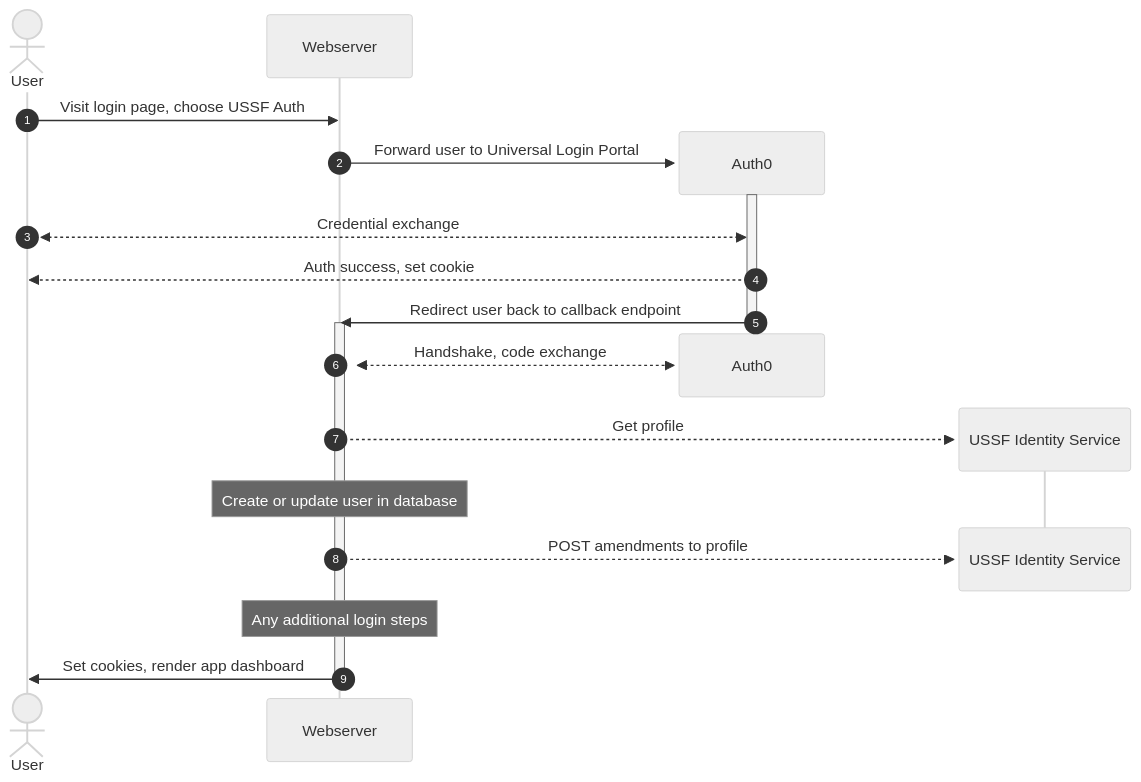
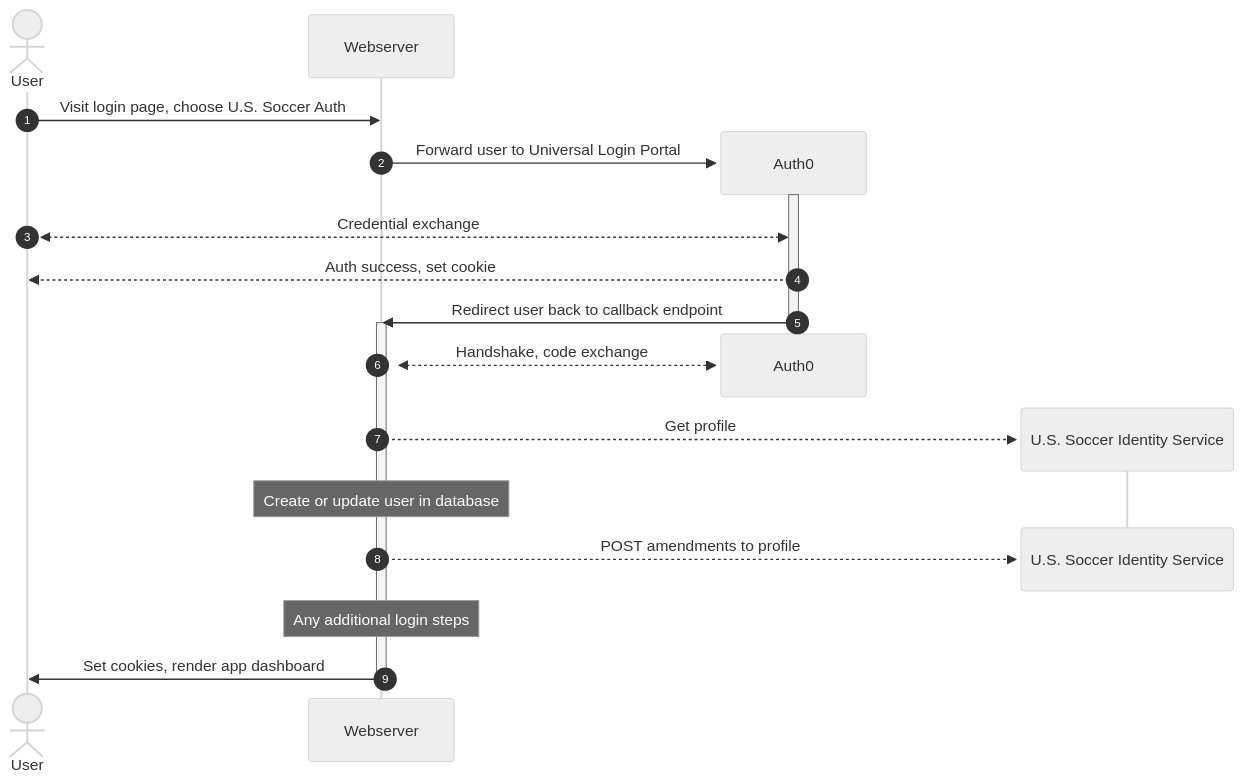
One commit to USSoccerFederation/soccer-id-sdk-php changed the diagram in Readme.md. Above: the diagram before and after it, drawn with Mermaid (neutral theme). The commit also changed other lines of this file and 2 other files, not shown here.

````diff
--- a/Readme.md
+++ b/Readme.md
@@ -33,30 +35,30 @@
 ```mermaid
 sequenceDiagram
     autonumber
 
     actor User
     participant Webserver as Webserver
 
-    User ->> Webserver: Visit login page, choose USSF Auth
+    User ->> Webserver: Visit login page, choose U.S. Soccer Auth
     create participant Auth0
     Webserver ->> Auth0: Forward user to Universal Login Portal
     activate Auth0
     User <<-->> Auth0: Credential exchange
     Auth0 -->> User: Auth success, set cookie
     Auth0 ->> Webserver: Redirect user back to callback endpoint
     deactivate Auth0
 
     activate Webserver
     destroy Auth0
     Webserver <<-->> Auth0: Handshake, code exchange
     
-    create participant IdService as USSF Identity Service
+    create participant IdService as U.S. Soccer Identity Service
     Webserver -->> IdService: Get profile
     Note over Webserver: Create or update user in database
     destroy IdService
     Webserver -->> IdService: POST amendments to profile
 
     Note over Webserver: Any additional login steps
     Webserver ->> User: Set cookies, render app dashboard
     deactivate Webserver
 ```
````
